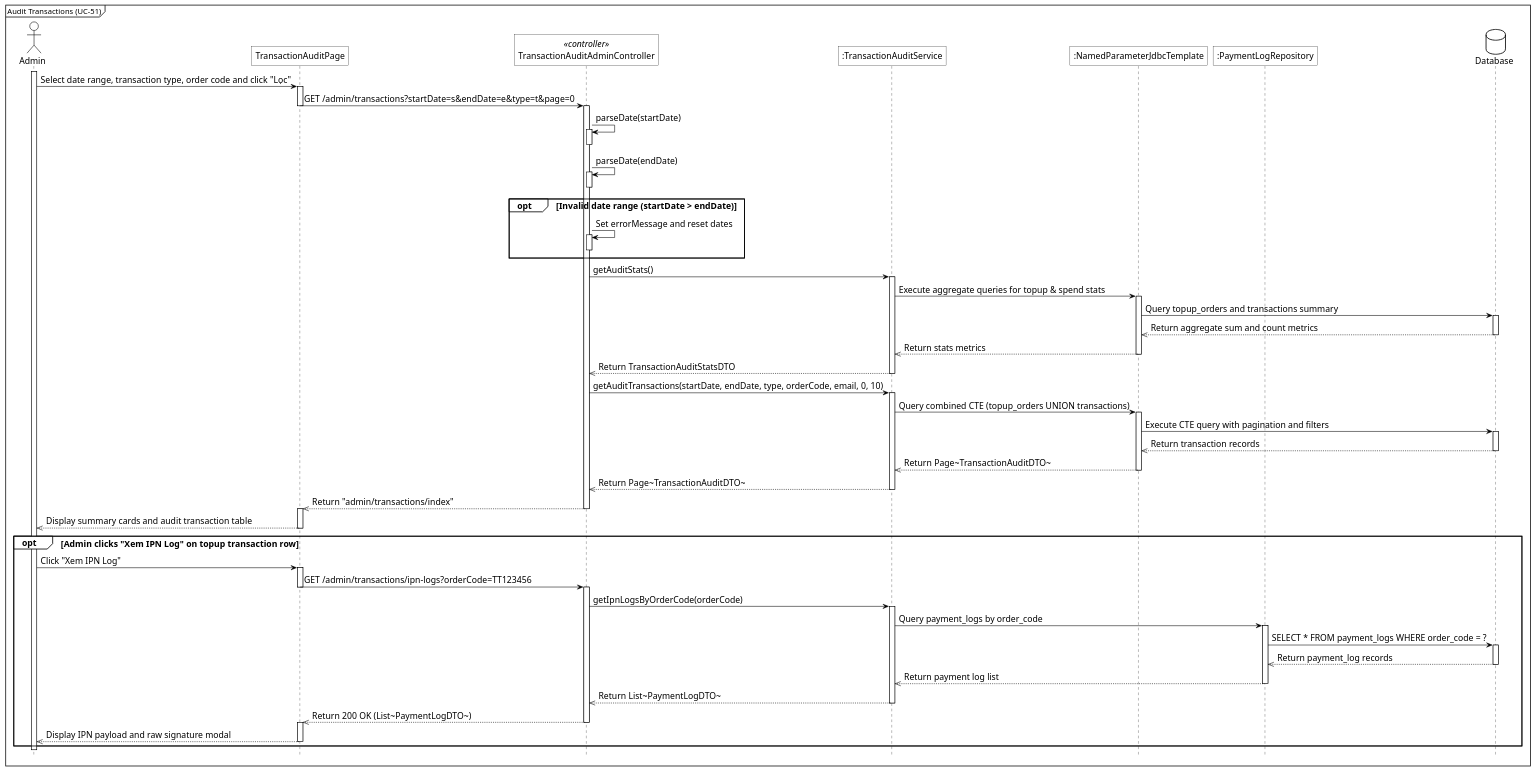
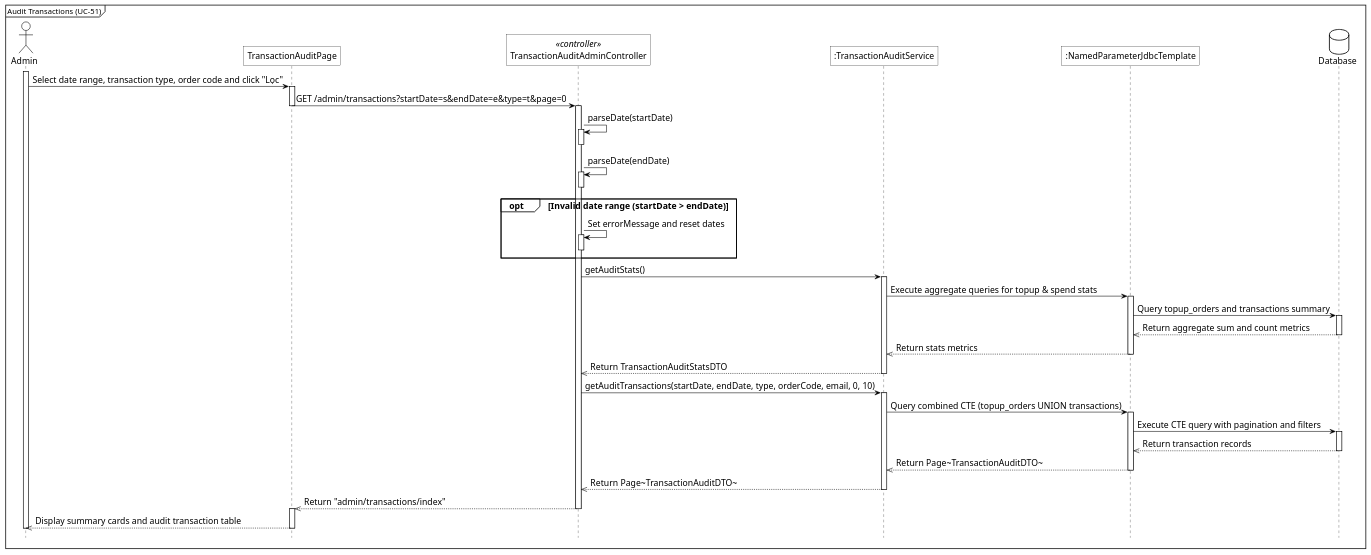
One commit to Phuoctai228/tram-truyen changed the diagram in docs/diagrams/sequence_plantuml/sq_audit_transactions.plantuml. Above: the diagram before and after it, drawn with PlantUML. The commit also changed 14 other files, not shown here.

Commit message:
xoa IPN log

```diff
--- a/docs/diagrams/sequence_plantuml/sq_audit_transactions.plantuml
+++ b/docs/diagrams/sequence_plantuml/sq_audit_transactions.plantuml
@@ -1,118 +1,97 @@
 @startuml sq_audit_transactions
 <style>
     sequenceDiagram{
         FontSize 16
         LineColor black
 
         arrow {
             ' Set the maximum width of the text on arrows
             MaximumWidth 300
             LineColor black
         }
         actor{
             BackgroundColor white
             LineColor black
             LineThickness 1.0
         }
         participant{
             BackgroundColor white
             LineColor black
             RoundCorner 0
         }
         database{
             BackgroundColor white
             LineColor black
         }
         lifeLine{
             LineColor black
         }
         group{
             LineColor black
         }
         groupHeader{
             BackgroundColor white
             LineColor black
         }
         referenceHeader{
             BackgroundColor white
             LineColor black
         }
         reference{
             BackgroundColor white
             LineColor black
         }
     }
 </style>
 
 hide footbox
 mainframe Audit Transactions (UC-51)
 
 actor Admin as adm
 participant "TransactionAuditPage" as view
 participant "TransactionAuditAdminController" as ctrl <<controller>>
 participant ":TransactionAuditService" as svc
 participant ":NamedParameterJdbcTemplate" as jdbc
-participant ":PaymentLogRepository" as log_repo
 database Database as db
 
 adm ++
 
 adm -> view++: Select date range, transaction type, order code and click "Lọc"
 view -> ctrl--: GET /admin/transactions?startDate=s&endDate=e&type=t&page=0
 activate ctrl
 
 ctrl -> ctrl++: parseDate(startDate)
 ctrl--
 
 ctrl -> ctrl++: parseDate(endDate)
 ctrl--
 
 opt Invalid date range (startDate > endDate)
     ctrl -> ctrl++: Set errorMessage and reset dates
     ctrl--
 end
 
 ctrl -> svc++: getAuditStats()
 svc -> jdbc++: Execute aggregate queries for topup & spend stats
 jdbc -> db++: Query topup_orders and transactions summary
 db -->> jdbc: Return aggregate sum and count metrics
 db--
 jdbc -->> svc--: Return stats metrics
 svc -->> ctrl--: Return TransactionAuditStatsDTO
 
 ctrl -> svc++: getAuditTransactions(startDate, endDate, type, orderCode, email, 0, 10)
 svc -> jdbc++: Query combined CTE (topup_orders UNION transactions)
 jdbc -> db++: Execute CTE query with pagination and filters
 db -->> jdbc: Return transaction records
 db--
 jdbc -->> svc--: Return Page~TransactionAuditDTO~
 svc -->> ctrl--: Return Page~TransactionAuditDTO~
 
 ctrl -->> view--: Return "admin/transactions/index"
 activate view
 view -->> adm: Display summary cards and audit transaction table
 deactivate view
 
-opt Admin clicks "Xem IPN Log" on topup transaction row
-    adm -> view++: Click "Xem IPN Log"
-    view -> ctrl--: GET /admin/transactions/ipn-logs?orderCode=TT123456
-    activate ctrl
-
-    ctrl -> svc++: getIpnLogsByOrderCode(orderCode)
-    svc -> log_repo++: Query payment_logs by order_code
-    log_repo -> db++: SELECT * FROM payment_logs WHERE order_code = ?
-    db -->> log_repo: Return payment_log records
-    db--
-    log_repo -->> svc--: Return payment log list
-    svc -->> ctrl--: Return List~PaymentLogDTO~
-
-    ctrl -->> view--: Return 200 OK (List~PaymentLogDTO~)
-    activate view
-    view -->> adm: Display IPN payload and raw signature modal
-    deactivate view
-end
-
-deactivate ctrl
 deactivate adm
 
 @enduml
```
